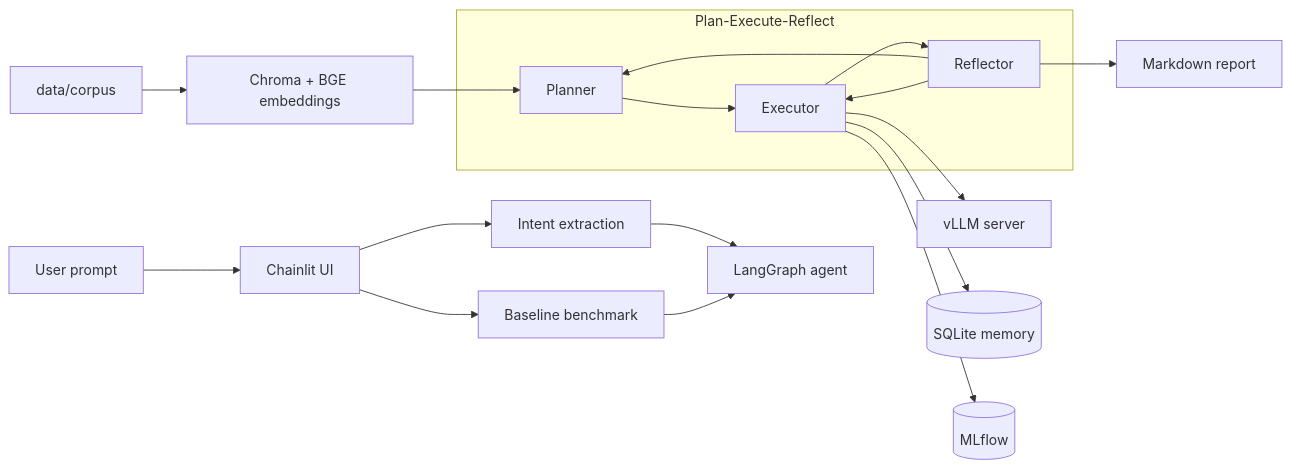
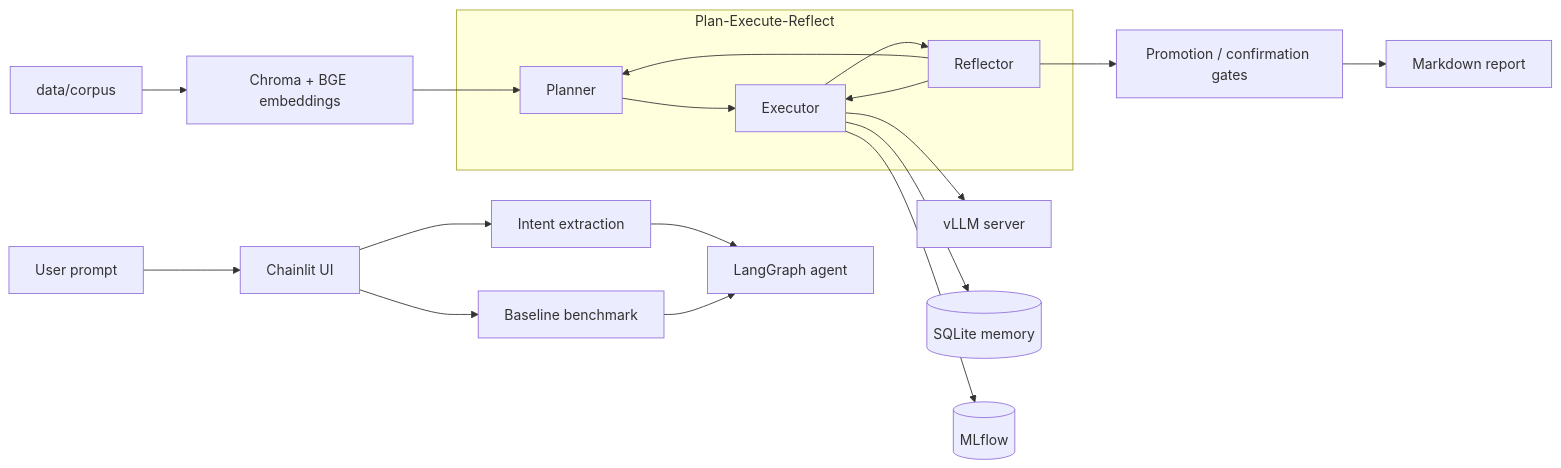
The diagram in README.md (CChen19/inferops-agent), drawn with Mermaid before and after one commit. The commit also changed other lines of this file, not shown here.

````diff
--- a/README.md
+++ b/README.md
@@ -28,23 +39,24 @@
 ```mermaid
 flowchart LR
     User[User prompt] --> UI[Chainlit UI]
     UI --> Intent[Intent extraction]
     UI --> Baseline[Baseline benchmark]
     Intent --> Agent[LangGraph agent]
     Baseline --> Agent
 
     Corpus[data/corpus] --> RAG[Chroma + BGE embeddings]
     RAG --> Planner[Planner]
 
     subgraph Plan-Execute-Reflect
       Planner --> Executor[Executor]
       Executor --> Reflector[Reflector]
       Reflector --> Planner
       Reflector --> Executor
     end
 
     Executor --> VLLM[vLLM server]
     Executor --> DB[(SQLite memory)]
     Executor --> MLflow[(MLflow)]
-    Reflector --> Report[Markdown report]
+    Reflector --> Gates[Promotion / confirmation gates]
+    Gates --> Report[Markdown report]
 ```
````
